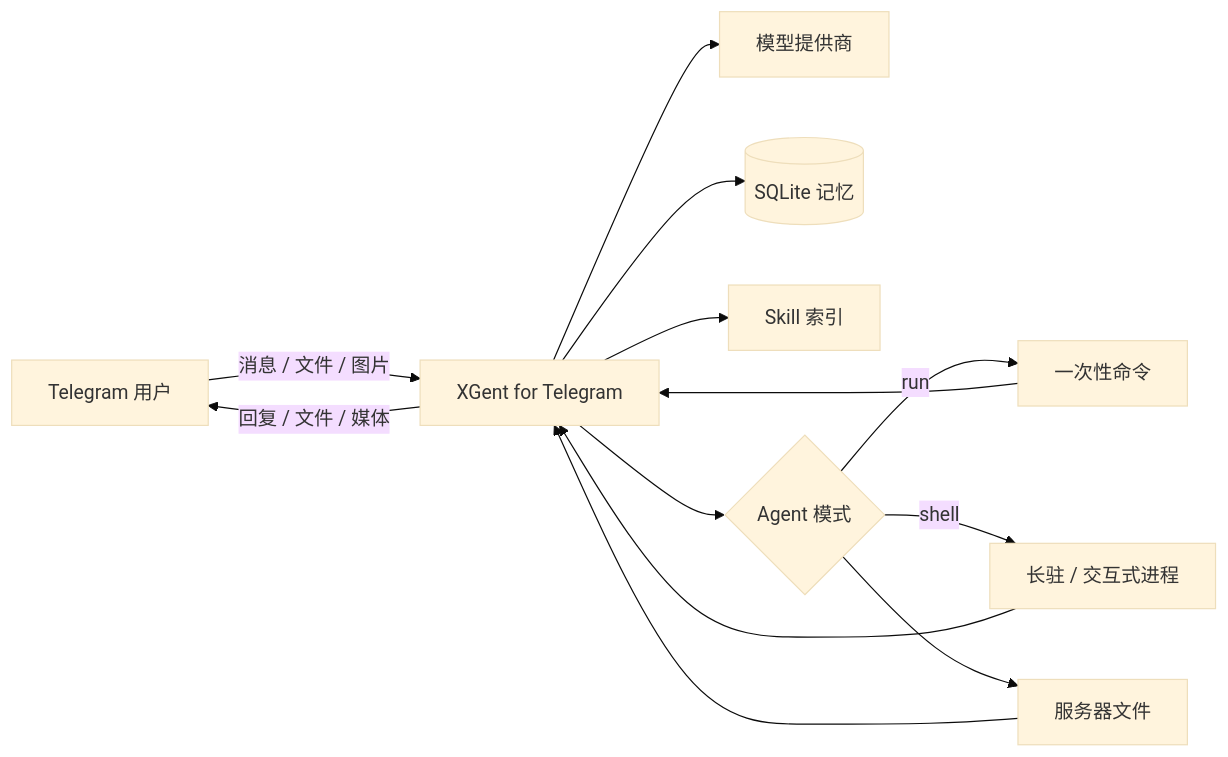
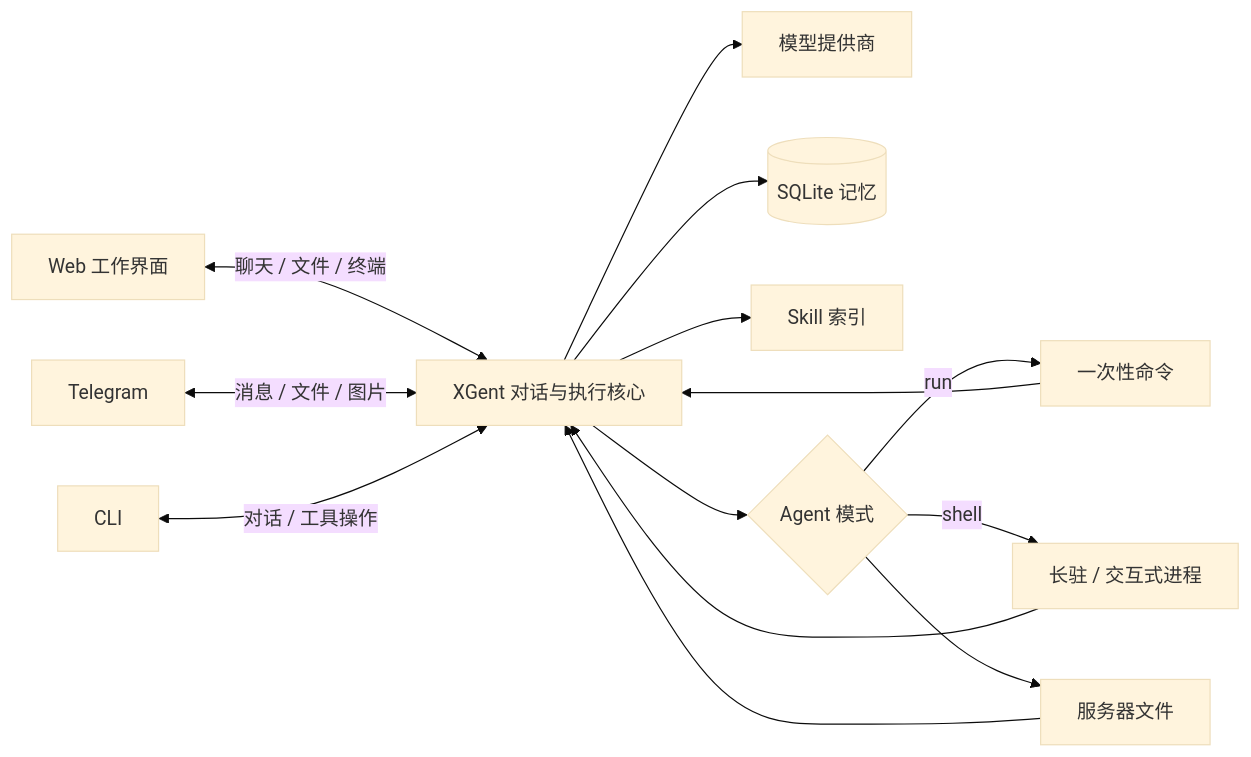
One commit to HANLINGVABCN/xgent changed the diagram in README.md. Above: the diagram before and after it, drawn with Mermaid (base theme). The commit also changed other lines of this file and 11 other files, not shown here.

````diff
--- a/README.md
+++ b/README.md
@@ -152,15 +158,16 @@
 ```mermaid
 flowchart LR
-    U[Telegram 用户] -->|消息 / 文件 / 图片| B[XGent for Telegram]
+    W[Web 工作界面] <-->|聊天 / 文件 / 终端| B[XGent 对话与执行核心]
+    U[Telegram] <-->|消息 / 文件 / 图片| B
+    T[CLI] <-->|对话 / 工具操作| B
     B --> M[模型提供商]
     B --> D[(SQLite 记忆)]
     B --> S[Skill 索引]
     B --> A{Agent 模式}
     A -->|run| C[一次性命令]
     A -->|shell| P[长驻 / 交互式进程]
     A --> F[服务器文件]
     C --> B
     P --> B
     F --> B
-    B -->|回复 / 文件 / 媒体| U
 ```
````
